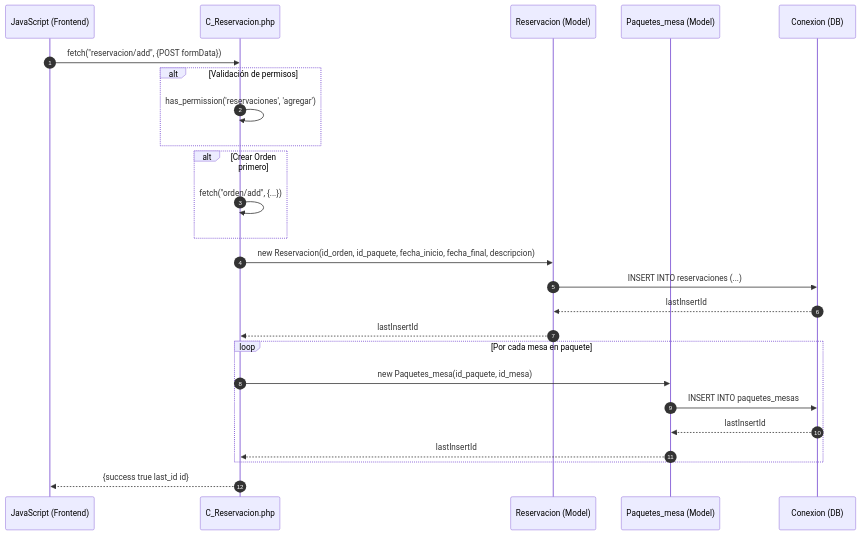
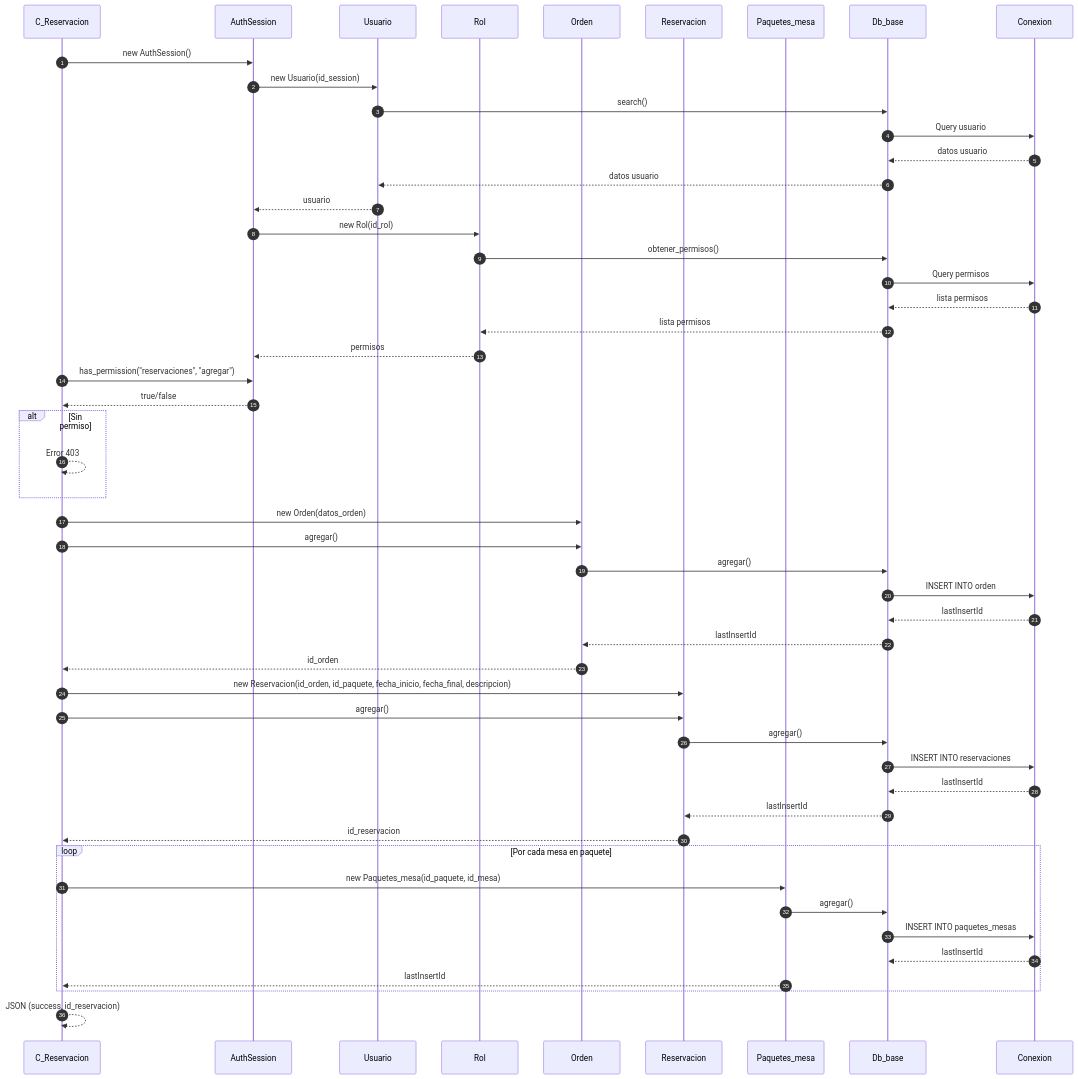
One commit to Tecrato/BurgerHouse changed the first of 4 diagrams in docs/secuencia/reservaciones/reservaciones.md. Above: the diagram before and after it, drawn with Mermaid. The commit also changed other lines of this file and 13 other files, not shown here.

First line of the commit message:
diagramas actualizaos

````diff
--- a/docs/secuencia/reservaciones/reservaciones.md
+++ b/docs/secuencia/reservaciones/reservaciones.md
@@ -5,34 +5,61 @@
 ```mermaid
 sequenceDiagram
     autonumber
-    participant JS as JavaScript (Frontend)
-    participant C_Reservacion as C_Reservacion.php
-    participant Reservacion as Reservacion (Model)
-    participant Paquetes_mesa as Paquetes_mesa (Model)
-    participant DB as Conexion (DB)
+    participant C_Reservacion as C_Reservacion
+    participant AuthSession as AuthSession
+    participant Usuario as Usuario
+    participant Rol as Rol
+    participant Orden as Orden
+    participant Reservacion as Reservacion
+    participant Paquetes_mesa as Paquetes_mesa
+    participant Db_base as Db_base
+    participant Conexion as Conexion
     
-    JS->>C_Reservacion: fetch("reservacion/add", {POST formData})
+    C_Reservacion->>AuthSession: new AuthSession()
+    AuthSession->>Usuario: new Usuario(id_session)
+    Usuario->>Db_base: search()
+    Db_base->>Conexion: Query usuario
+    Conexion-->>Db_base: datos usuario
+    Db_base-->>Usuario: datos usuario
+    Usuario-->>AuthSession: usuario
     
-    alt Validación de permisos
-        C_Reservacion->>C_Reservacion: has_permission('reservaciones', 'agregar')
+    AuthSession->>Rol: new Rol(id_rol)
+    Rol->>Db_base: obtener_permisos()
+    Db_base->>Conexion: Query permisos
+    Conexion-->>Db_base: lista permisos
+    Db_base-->>Rol: lista permisos
+    Rol-->>AuthSession: permisos
+    
+    C_Reservacion->>AuthSession: has_permission("reservaciones", "agregar")
+    AuthSession-->>C_Reservacion: true/false
+    
+    alt Sin permiso
+        C_Reservacion-->>C_Reservacion: Error 403
     end
     
-    alt Crear Orden primero
-        C_Reservacion->>C_Reservacion: fetch("orden/add", {...})
-    end
+    C_Reservacion->>Orden: new Orden(datos_orden)
+    C_Reservacion->>Orden: agregar()
+    Orden->>Db_base: agregar()
+    Db_base->>Conexion: INSERT INTO orden
+    Conexion-->>Db_base: lastInsertId
+    Db_base-->>Orden: lastInsertId
+    Orden-->>C_Reservacion: id_orden
     
     C_Reservacion->>Reservacion: new Reservacion(id_orden, id_paquete, fecha_inicio, fecha_final, descripcion)
-    
-    Reservacion->>DB: INSERT INTO reservaciones (...)
-    DB-->>Reservacion: lastInsertId
-    Reservacion-->>C_Reservacion: lastInsertId
+    C_Reservacion->>Reservacion: agregar()
+    Reservacion->>Db_base: agregar()
+    Db_base->>Conexion: INSERT INTO reservaciones
+    Conexion-->>Db_base: lastInsertId
+    Db_base-->>Reservacion: lastInsertId
+    Reservacion-->>C_Reservacion: id_reservacion
     
     loop Por cada mesa en paquete
         C_Reservacion->>Paquetes_mesa: new Paquetes_mesa(id_paquete, id_mesa)
-        Paquetes_mesa->>DB: INSERT INTO paquetes_mesas
-        DB-->>Paquetes_mesa: lastInsertId
+        Paquetes_mesa->>Db_base: agregar()
+        Db_base->>Conexion: INSERT INTO paquetes_mesas
+        Conexion-->>Db_base: lastInsertId
         Paquetes_mesa-->>C_Reservacion: lastInsertId
     end
     
-    C_Reservacion-->>JS: {success true last_id id}
+    C_Reservacion-->>C_Reservacion: JSON (success, id_reservacion)
 ```
````
